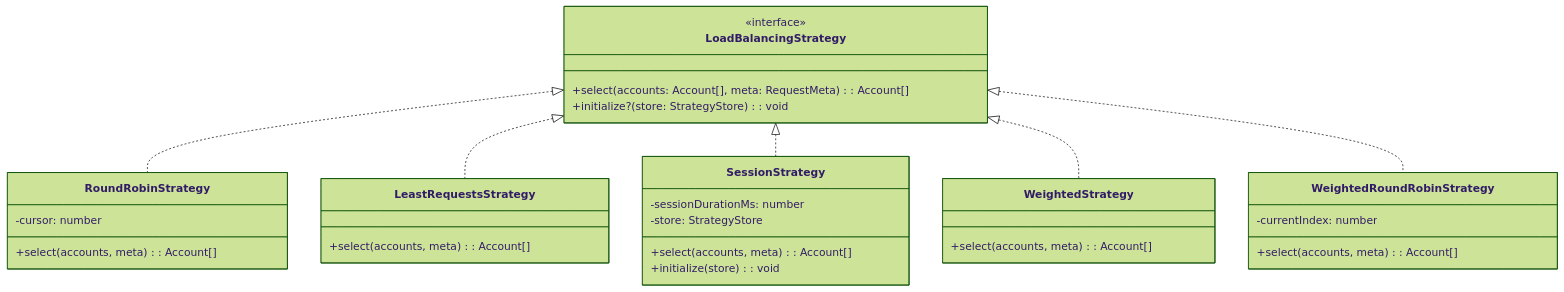
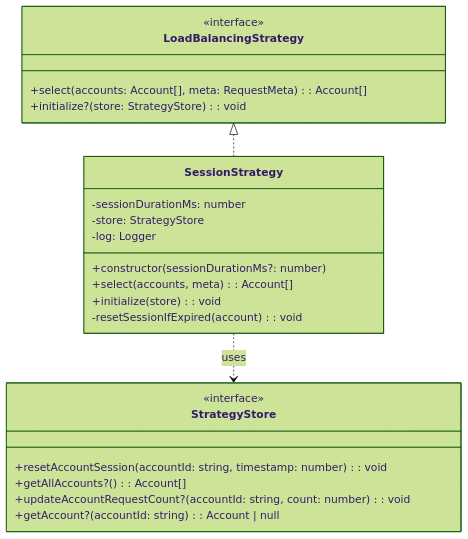
The sixth of 25 diagrams in docs/architecture.md (tombii/better-ccflare), drawn with Mermaid (forest theme) before and after one commit. The commit also changed other lines of this file and 14 other files, not shown here.

First line of the commit message:
docs(docs): overhaul architecture and CLI documentation

````diff
--- a/docs/architecture.md
+++ b/docs/architecture.md
@@ -208,39 +322,29 @@
 ```mermaid
 classDiagram
     class LoadBalancingStrategy {
         <<interface>>
         +select(accounts: Account[], meta: RequestMeta): Account[]
         +initialize?(store: StrategyStore): void
     }
     
-    class RoundRobinStrategy {
-        -cursor: number
-        +select(accounts, meta): Account[]
-    }
-    
-    class LeastRequestsStrategy {
-        +select(accounts, meta): Account[]
-    }
-    
     class SessionStrategy {
         -sessionDurationMs: number
         -store: StrategyStore
+        -log: Logger
+        +constructor(sessionDurationMs?: number)
         +select(accounts, meta): Account[]
         +initialize(store): void
+        -resetSessionIfExpired(account): void
     }
     
-    class WeightedStrategy {
-        +select(accounts, meta): Account[]
+    class StrategyStore {
+        <<interface>>
+        +resetAccountSession(accountId: string, timestamp: number): void
+        +getAllAccounts?(): Account[]
+        +updateAccountRequestCount?(accountId: string, count: number): void
+        +getAccount?(accountId: string): Account | null
     }
     
-    class WeightedRoundRobinStrategy {
-        -currentIndex: number
-        +select(accounts, meta): Account[]
-    }
-    
-    LoadBalancingStrategy <|.. RoundRobinStrategy
-    LoadBalancingStrategy <|.. LeastRequestsStrategy
     LoadBalancingStrategy <|.. SessionStrategy
-    LoadBalancingStrategy <|.. WeightedStrategy
-    LoadBalancingStrategy <|.. WeightedRoundRobinStrategy
+    SessionStrategy ..> StrategyStore : uses
 ```
````
